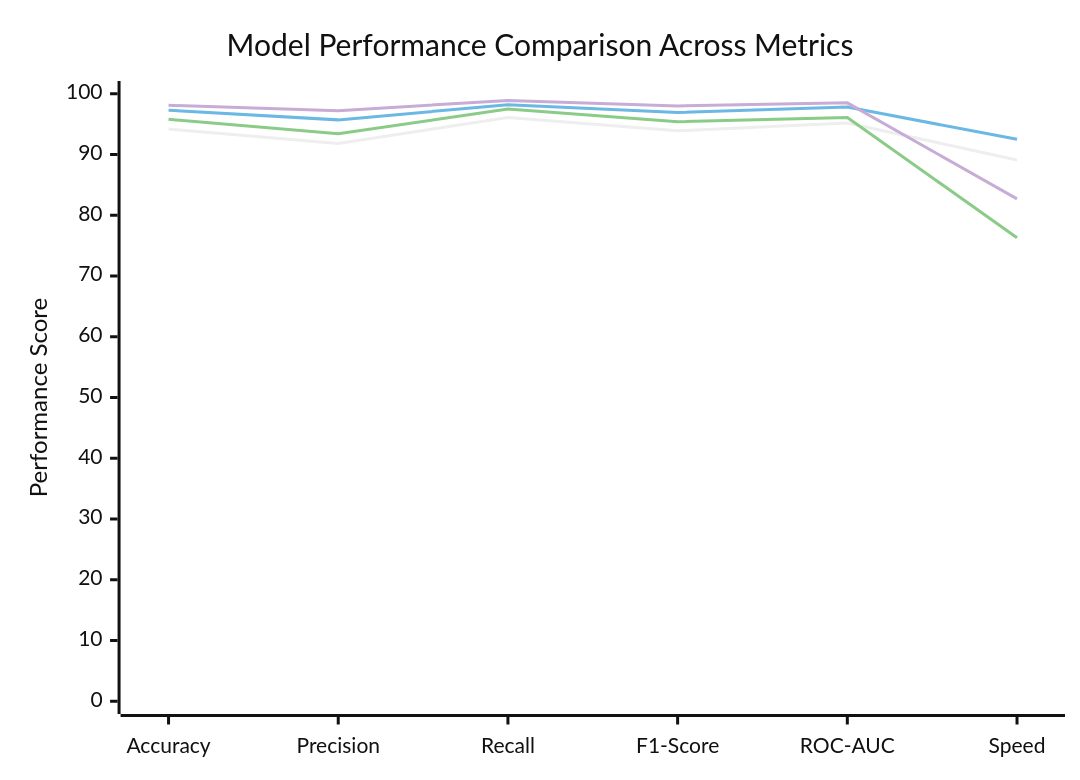
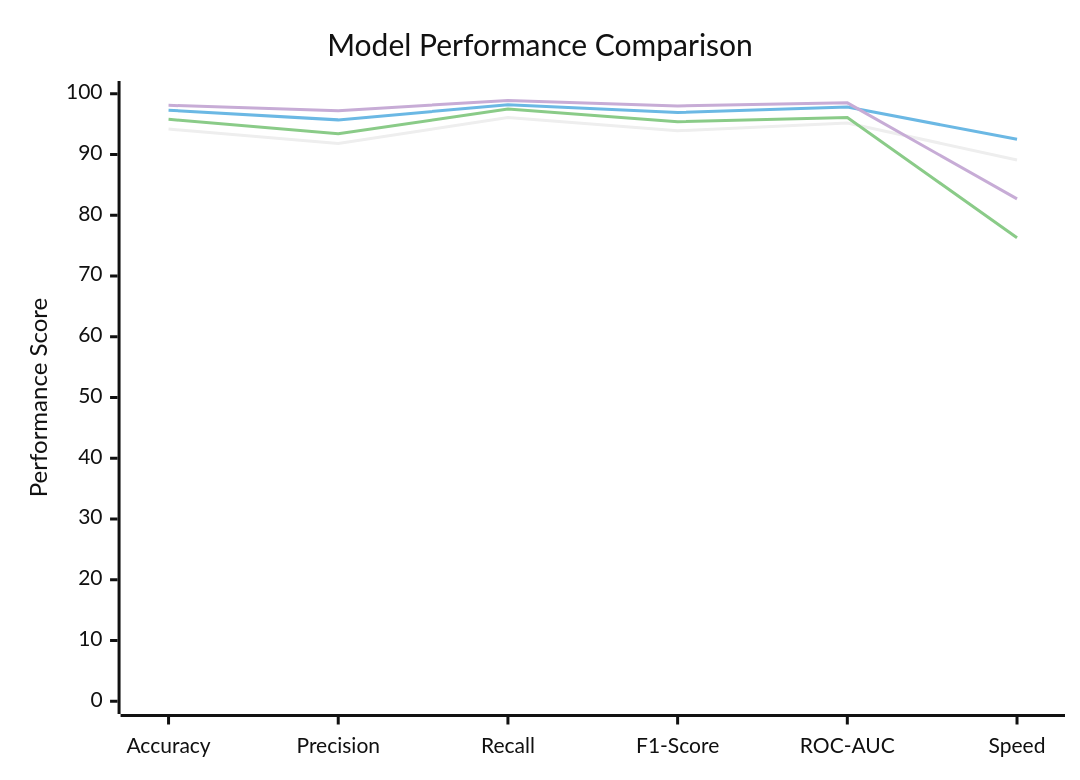
The seventh of 23 diagrams in MODEL_ANALYSIS.md (nes10r/BigDataProject), drawn with Mermaid (neutral theme) before and after one commit. The commit also changed other lines of this file, not shown here.

Commit message:
Improve chart readability: Shorten labels in xychart-beta diagrams and add performance summary tables

````diff
--- a/MODEL_ANALYSIS.md
+++ b/MODEL_ANALYSIS.md
@@ -286,10 +305,10 @@
 ```mermaid
 xychart-beta
-    title "Model Performance Comparison Across Metrics"
+    title "Model Performance Comparison"
     x-axis [Accuracy, Precision, Recall, F1-Score, ROC-AUC, Speed]
     y-axis "Performance Score" 0 --> 100
     line "Isolation Forest" [94.2, 91.8, 96.1, 93.9, 95.2, 89.1]
     line "Random Forest" [97.3, 95.7, 98.2, 96.9, 97.8, 92.5]
-    line "LSTM Network" [95.8, 93.4, 97.5, 95.4, 96.1, 76.3]
-    line "Ensemble Model" [98.1, 97.2, 98.9, 98.0, 98.5, 82.7]
+    line "LSTM" [95.8, 93.4, 97.5, 95.4, 96.1, 76.3]
+    line "Ensemble" [98.1, 97.2, 98.9, 98.0, 98.5, 82.7]
 ```
````
